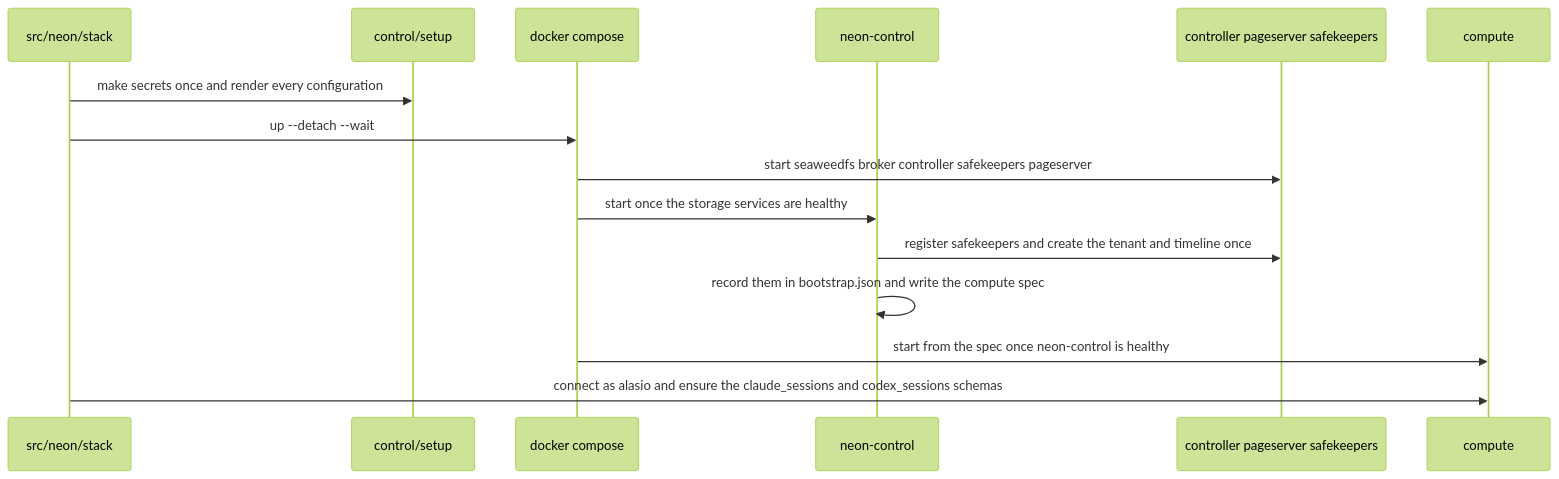
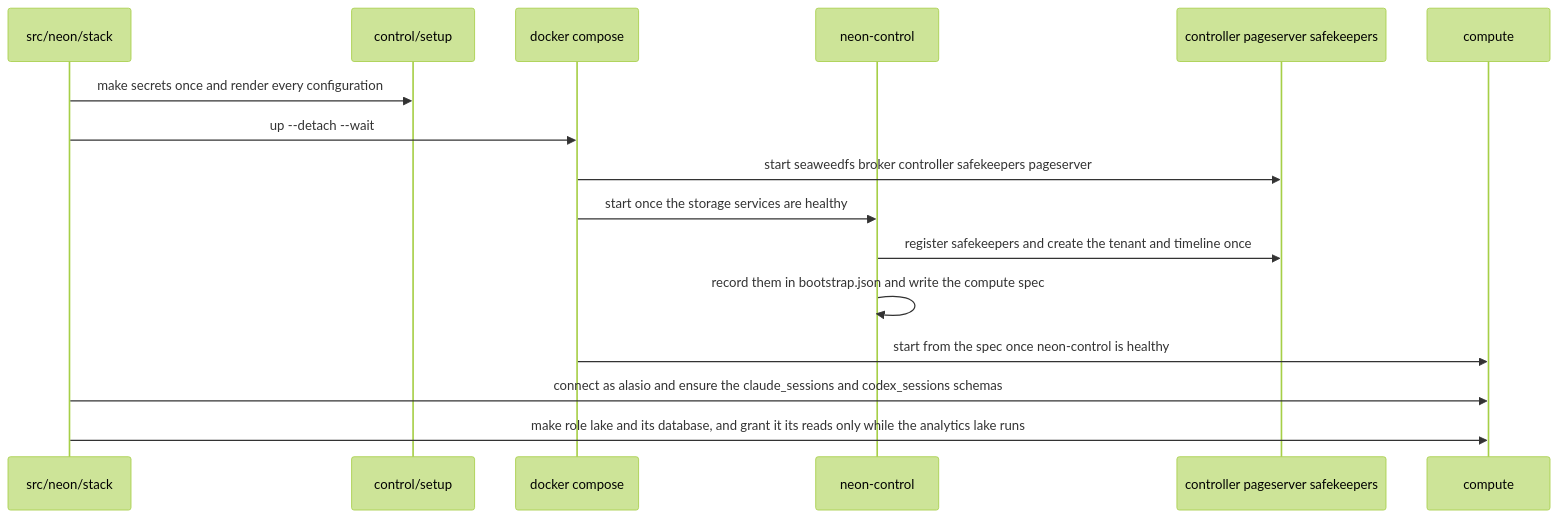
Before and after one commit to eaucoin/alasio: the second of 3 diagrams in neon/README.md, drawn with Mermaid (forest theme). The commit also changed other lines of this file and 33 other files, not shown here.

````diff
--- a/neon/README.md
+++ b/neon/README.md
@@ -52,17 +56,18 @@
 ```mermaid
 sequenceDiagram
   participant Alasio as src/neon/stack
   participant Setup as control/setup
   participant Compose as docker compose
   participant Control as neon-control
   participant Storage as controller pageserver safekeepers
   participant Compute as compute
   Alasio->>Setup: make secrets once and render every configuration
   Alasio->>Compose: up --detach --wait
   Compose->>Storage: start seaweedfs broker controller safekeepers pageserver
   Compose->>Control: start once the storage services are healthy
   Control->>Storage: register safekeepers and create the tenant and timeline once
   Control->>Control: record them in bootstrap.json and write the compute spec
   Compose->>Compute: start from the spec once neon-control is healthy
   Alasio->>Compute: connect as alasio and ensure the claude_sessions and codex_sessions schemas
+  Alasio->>Compute: make role lake and its database, and grant it its reads only while the analytics lake runs
 ```
````
